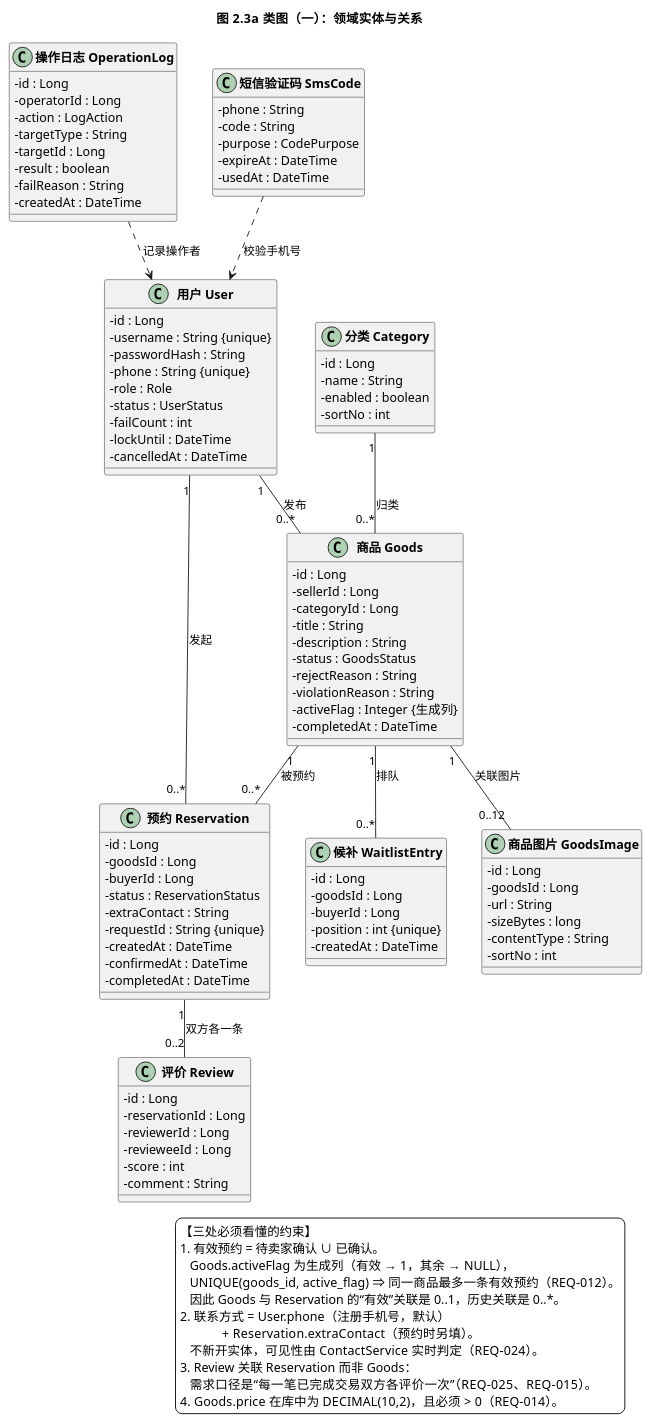
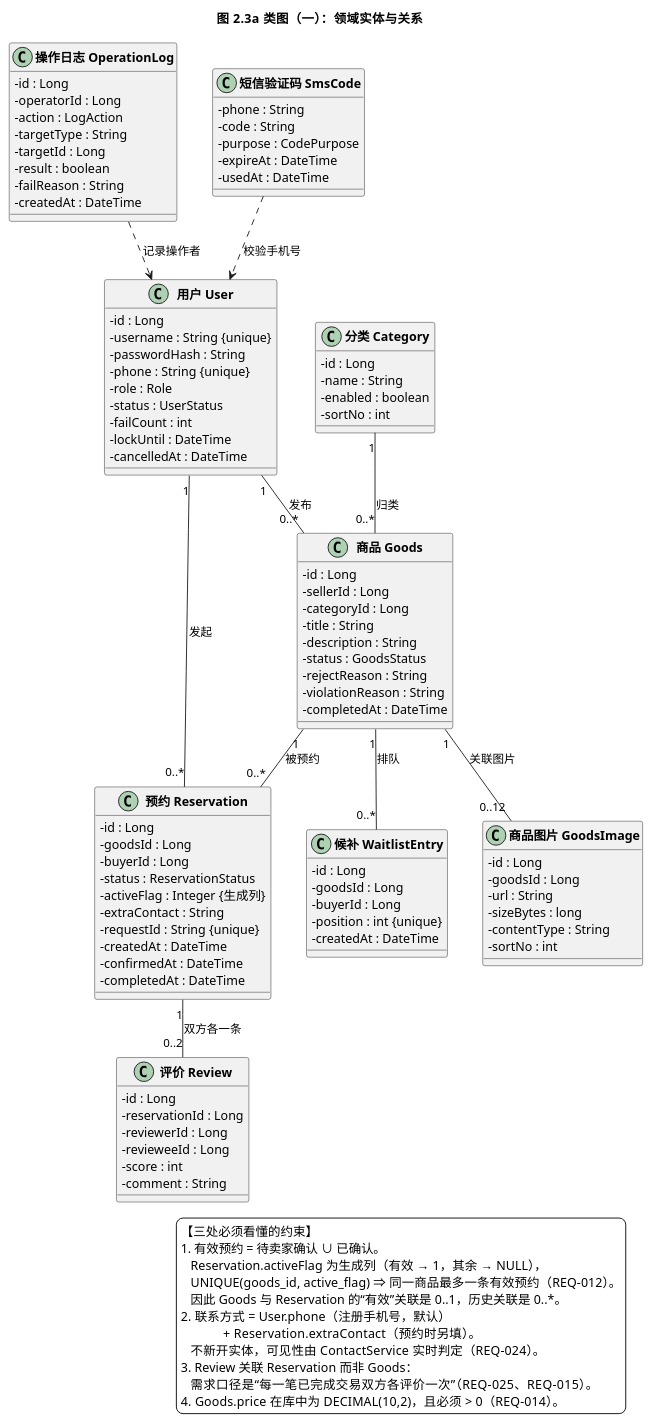
Before and after one commit to BlankBlacking/se-lab2-secondhand: the diagram in UML/UML类图-实体.puml, drawn with PlantUML. The commit also changed 5 other files, not shown here.

Commit message:
lab2: 修正 active_flag 归属（应在 reservation 表）、报告补齐附录 A/B 两张数据表

```diff
--- a/UML/UML类图-实体.puml
+++ b/UML/UML类图-实体.puml
@@ -1,124 +1,124 @@
 @startuml
 title 图 2.3a 类图（一）：领域实体与关系
 skinparam defaultFontName "Microsoft YaHei"
 skinparam classAttributeIconSize 0
 skinparam backgroundColor #FFFFFF
 skinparam nodesep 40
 skinparam ranksep 45
 skinparam classFontStyle bold
 top to bottom direction
 
 class "用户 User" as User {
   - id : Long
   - username : String {unique}
   - passwordHash : String
   - phone : String {unique}
   - role : Role
   - status : UserStatus
   - failCount : int
   - lockUntil : DateTime
   - cancelledAt : DateTime
 }
 
 class "分类 Category" as Category {
   - id : Long
   - name : String
   - enabled : boolean
   - sortNo : int
 }
 
 class "商品 Goods" as Goods {
   - id : Long
   - sellerId : Long
   - categoryId : Long
   - title : String
   - description : String
   - status : GoodsStatus
   - rejectReason : String
   - violationReason : String
-  - activeFlag : Integer {生成列}
   - completedAt : DateTime
 }
 
 class "商品图片 GoodsImage" as GoodsImage {
   - id : Long
   - goodsId : Long
   - url : String
   - sizeBytes : long
   - contentType : String
   - sortNo : int
 }
 
 class "预约 Reservation" as Reservation {
   - id : Long
   - goodsId : Long
   - buyerId : Long
   - status : ReservationStatus
+  - activeFlag : Integer {生成列}
   - extraContact : String
   - requestId : String {unique}
   - createdAt : DateTime
   - confirmedAt : DateTime
   - completedAt : DateTime
 }
 
 class "候补 WaitlistEntry" as WaitlistEntry {
   - id : Long
   - goodsId : Long
   - buyerId : Long
   - position : int {unique}
   - createdAt : DateTime
 }
 
 class "评价 Review" as Review {
   - id : Long
   - reservationId : Long
   - reviewerId : Long
   - revieweeId : Long
   - score : int
   - comment : String
 }
 
 class "操作日志 OperationLog" as OperationLog {
   - id : Long
   - operatorId : Long
   - action : LogAction
   - targetType : String
   - targetId : Long
   - result : boolean
   - failReason : String
   - createdAt : DateTime
 }
 
 class "短信验证码 SmsCode" as SmsCode {
   - phone : String
   - code : String
   - purpose : CodePurpose
   - expireAt : DateTime
   - usedAt : DateTime
 }
 
 User "1" -- "0..*" Goods : 发布
 Category "1" -- "0..*" Goods : 归类
 User "1" -- "0..*" Reservation : 发起
 Goods "1" -- "0..12" GoodsImage : 关联图片
 Goods "1" -- "0..*" Reservation : 被预约
 Goods "1" -- "0..*" WaitlistEntry : 排队
 Reservation "1" -- "0..2" Review : 双方各一条
 
 OperationLog ..> User : 记录操作者
 SmsCode ..> User : 校验手机号
 
 legend right
   【三处必须看懂的约束】
   1. 有效预约 = 待卖家确认 ∪ 已确认。
-     Goods.activeFlag 为生成列（有效 → 1，其余 → NULL），
+     Reservation.activeFlag 为生成列（有效 → 1，其余 → NULL），
      UNIQUE(goods_id, active_flag) ⇒ 同一商品最多一条有效预约（REQ-012）。
      因此 Goods 与 Reservation 的“有效”关联是 0..1，历史关联是 0..*。
   2. 联系方式 = User.phone（注册手机号，默认）
                + Reservation.extraContact（预约时另填）。
      不新开实体，可见性由 ContactService 实时判定（REQ-024）。
   3. Review 关联 Reservation 而非 Goods：
      需求口径是“每一笔已完成交易双方各评价一次”（REQ-025、REQ-015）。
   4. Goods.price 在库中为 DECIMAL(10,2)，且必须 > 0（REQ-014）。
 endlegend
 @enduml
```
